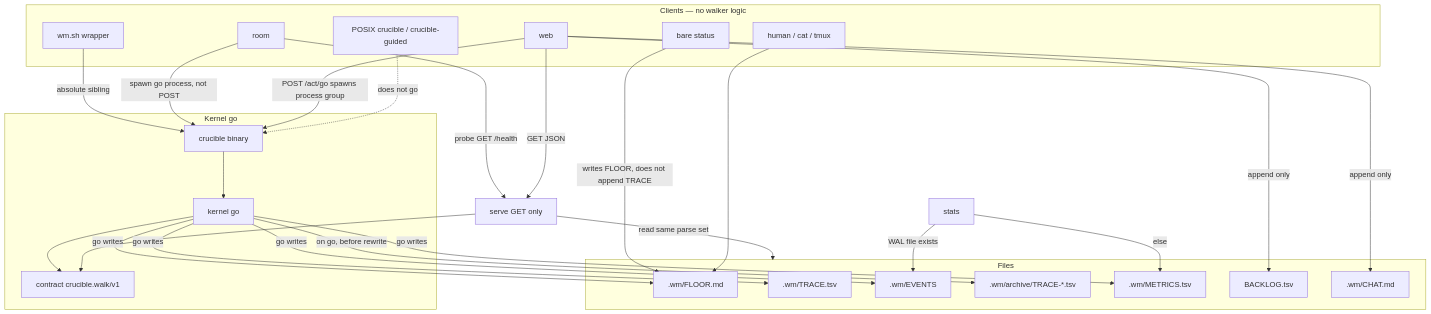
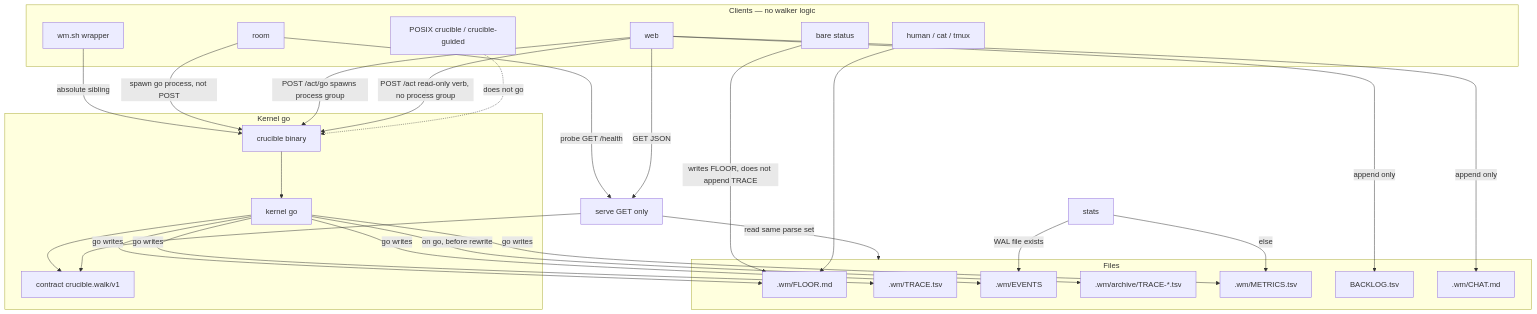
Before and after one commit to medhatgalal/crucible: the diagram in architecture/adr/0001-rust-operating-layer.md, drawn with Mermaid. The commit also changed other lines of this file and 12 other files, not shown here.

Commit message:
web: read-only POST /act verbs on the page (1.19.0)

````diff
--- a/architecture/adr/0001-rust-operating-layer.md
+++ b/architecture/adr/0001-rust-operating-layer.md
@@ -83,48 +83,49 @@
 ```mermaid
 flowchart TB
   subgraph clients [Clients — no walker logic]
     WRAP["wm.sh wrapper"]
     ROOM["room"]
     WEB["web"]
     CAT["human / cat / tmux"]
     POSIX["POSIX crucible / crucible-guided"]
     STATUS["bare status"]
   end
   subgraph kernelLayer [Kernel go]
     BIN["crucible binary"]
     K["kernel go"]
     C["contract crucible.walk/v1"]
   end
   SERVE["serve GET only"]
   STATS["stats"]
   subgraph files [Files]
     FLOOR[".wm/FLOOR.md"]
     TRACE[".wm/TRACE.tsv"]
     EVENTS[".wm/EVENTS"]
     ARCH[".wm/archive/TRACE-*.tsv"]
     METRICS[".wm/METRICS.tsv"]
     BACKLOG["BACKLOG.tsv"]
     CHAT[".wm/CHAT.md"]
   end
   WRAP -->|absolute sibling| BIN
   ROOM -->|probe GET /health| SERVE
   ROOM -->|spawn go process, not POST| BIN
   WEB -->|GET JSON| SERVE
   WEB -->|append only| BACKLOG
   WEB -->|append only| CHAT
   WEB -->|POST /act/go spawns process group| BIN
+  WEB -->|POST /act read-only verb, no process group| BIN
   POSIX -.->|does not go| BIN
   BIN --> K
   K --> C
   SERVE --> C
   K -->|go writes| FLOOR
   K -->|go writes| TRACE
   K -->|go writes| EVENTS
   K -->|go writes| METRICS
   K -->|on go, before rewrite| ARCH
   STATUS -->|writes FLOOR, does not append TRACE| FLOOR
   CAT --> FLOOR
   SERVE -->|read same parse set| files
   STATS -->|WAL file exists| EVENTS
   STATS -->|else| METRICS
 ```
````
